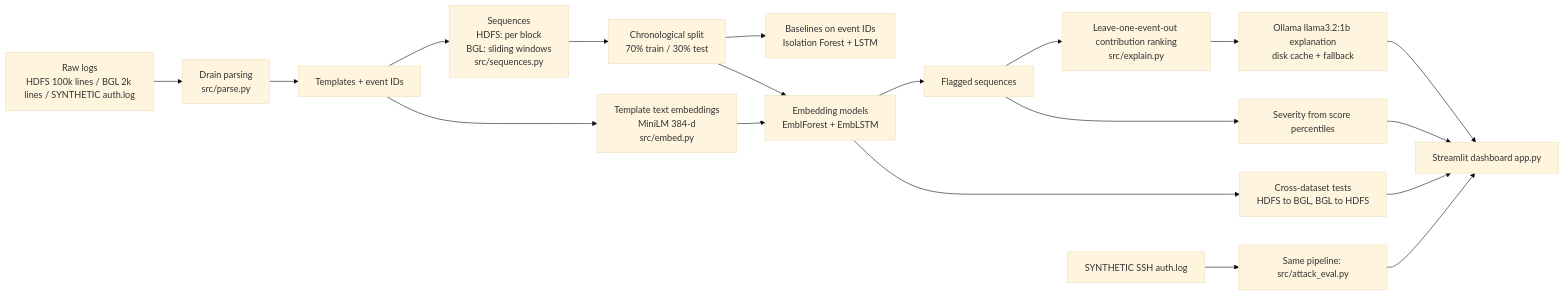
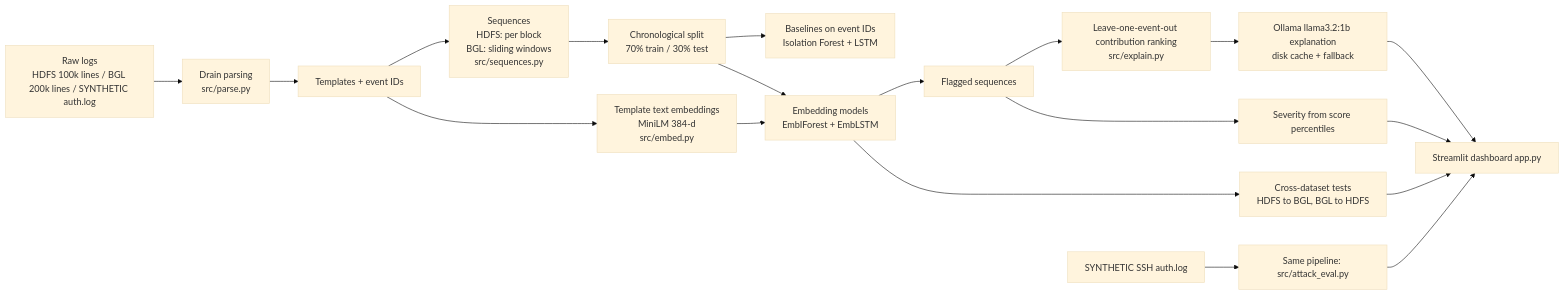
The diagram in README.md (bhargavrrao-web/explainable-log-anomaly-detection), drawn with Mermaid (base theme) before and after one commit. The commit also changed other lines of this file and 12 other files, not shown here.

Commit message:
Use first 200k real BGL lines (partial download); rerun all experiments; add PR-AUC; update README and viva notes

````diff
--- a/README.md
+++ b/README.md
@@ -13,20 +13,20 @@
 ```mermaid
 flowchart LR
-    A[Raw logs<br/>HDFS 100k lines / BGL 2k lines / SYNTHETIC auth.log] --> B[Drain parsing<br/>src/parse.py]
+    A[Raw logs<br/>HDFS 100k lines / BGL 200k lines / SYNTHETIC auth.log] --> B[Drain parsing<br/>src/parse.py]
     B --> C[Templates + event IDs]
     C --> D[Sequences<br/>HDFS: per block<br/>BGL: sliding windows<br/>src/sequences.py]
     D --> E[Chronological split<br/>70% train / 30% test]
     C --> F[Template text embeddings<br/>MiniLM 384-d<br/>src/embed.py]
     E --> G1[Baselines on event IDs<br/>Isolation Forest + LSTM]
     E --> G2[Embedding models<br/>EmbIForest + EmbLSTM]
     F --> G2
     G2 --> H[Cross-dataset tests<br/>HDFS to BGL, BGL to HDFS]
     G2 --> I[Flagged sequences]
     I --> J[Leave-one-event-out contribution ranking<br/>src/explain.py]
     J --> K[Ollama llama3.2:1b explanation<br/>disk cache + fallback]
     I --> L[Severity from score percentiles]
     K --> M[Streamlit dashboard app.py]
     L --> M
     H --> M
     N[SYNTHETIC SSH auth.log] --> O[Same pipeline: src/attack_eval.py] --> M
 ```
````
